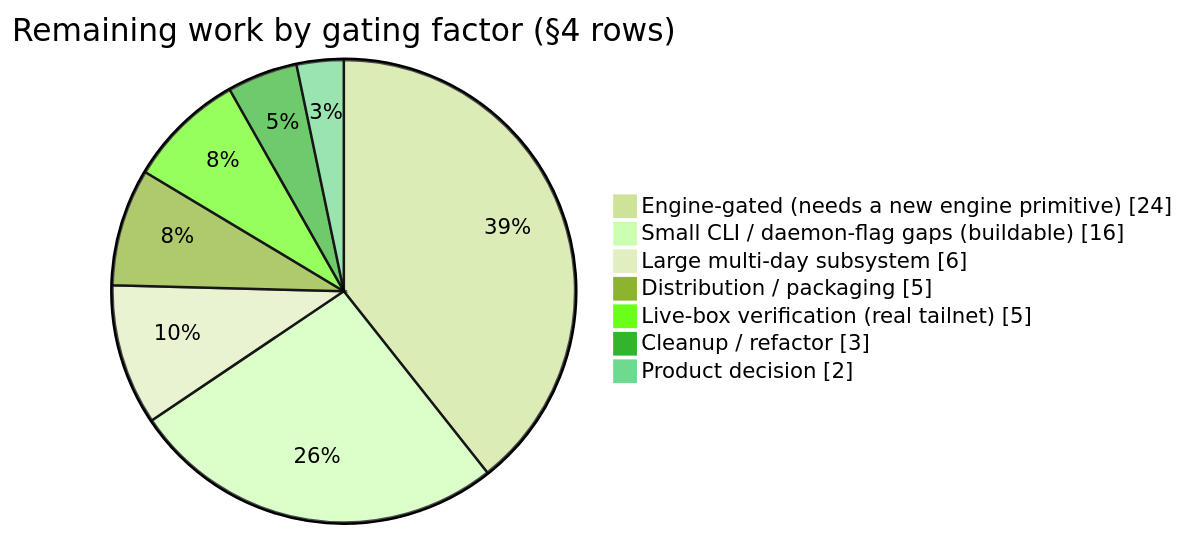
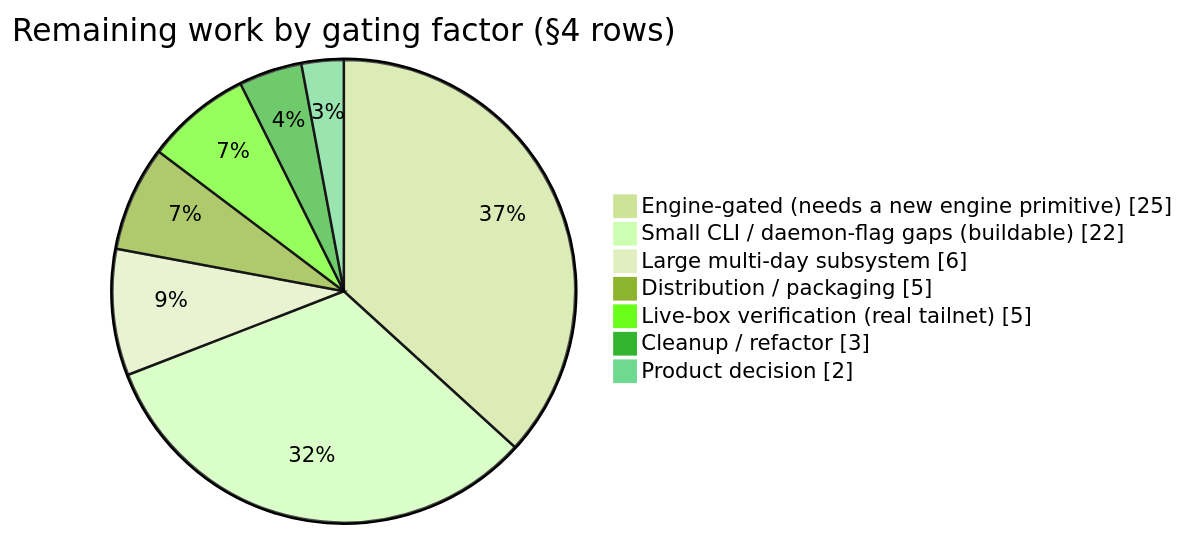
The first of 3 diagrams in docs/PARITY_GAP_ANALYSIS.md (GeiserX/tailscaled-rs), drawn with Mermaid (forest theme) before and after one commit. The commit also changed other lines of this file and 1 other file, not shown here.

````diff
--- a/docs/PARITY_GAP_ANALYSIS.md
+++ b/docs/PARITY_GAP_ANALYSIS.md
@@ -46,11 +47,11 @@
 ```mermaid
 pie showData
     title Remaining work by gating factor (§4 rows)
-    "Engine-gated (needs a new engine primitive)" : 24
-    "Small CLI / daemon-flag gaps (buildable)" : 16
+    "Engine-gated (needs a new engine primitive)" : 25
+    "Small CLI / daemon-flag gaps (buildable)" : 22
     "Large multi-day subsystem" : 6
     "Distribution / packaging" : 5
     "Live-box verification (real tailnet)" : 5
     "Cleanup / refactor" : 3
     "Product decision" : 2
 ```
````
